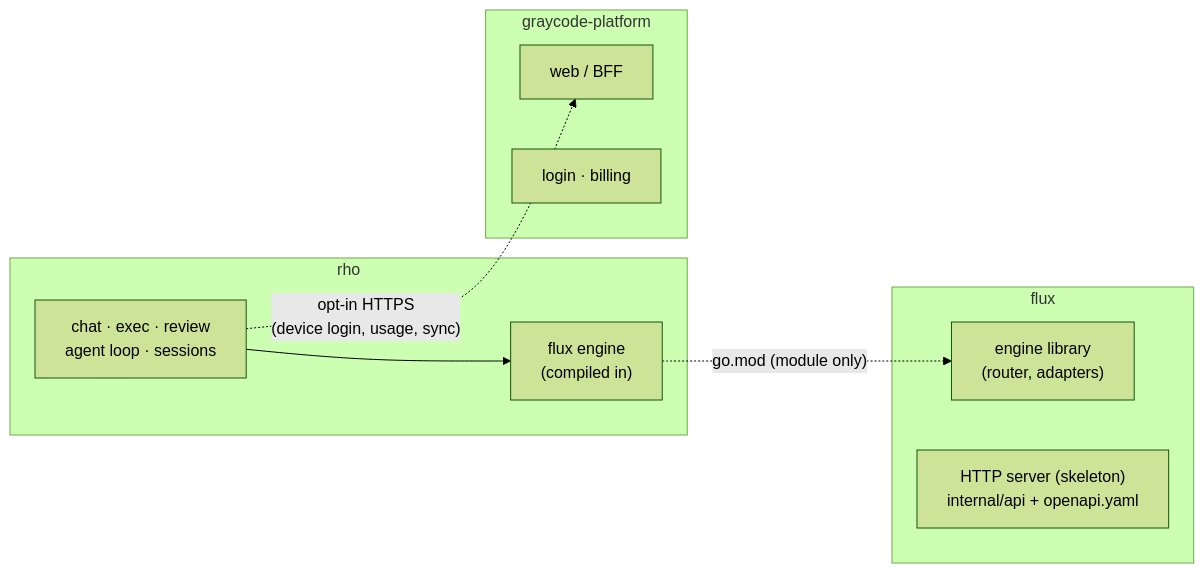
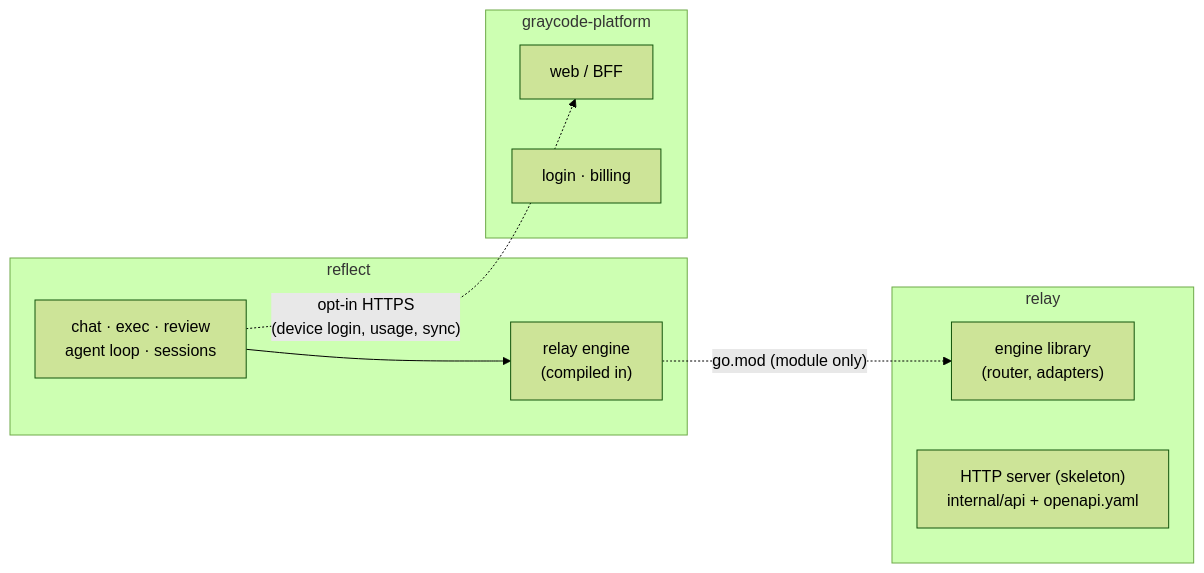
One commit to GrayCodeAI/reflect changed the first of 2 diagrams in docs/design/three-repo-architecture.md. Above: the diagram before and after it, drawn with Mermaid (forest theme). The commit also changed other lines of this file and 1427 other files, not shown here.

First line of the commit message:
refactor: rename Decoder to Reflect (and mux refs to relay) (#348)

````diff
--- a/docs/design/three-repo-architecture.md
+++ b/docs/design/three-repo-architecture.md
@@ -9,21 +9,21 @@
 ```mermaid
 flowchart LR
-    subgraph CLI["rho"]
+    subgraph CLI["reflect"]
         TUI["chat · exec · review\nagent loop · sessions"]
-        ENG["flux engine\n(compiled in)"]
+        ENG["relay engine\n(compiled in)"]
     end
 
-    subgraph ROUTER["flux"]
+    subgraph ROUTER["relay"]
         LIB["engine library\n(router, adapters)"]
         SRV["HTTP server (skeleton)\ninternal/api + openapi.yaml"]
     end
 
     subgraph PLAT["graycode-platform"]
         WEB["web / BFF"]
         AUTH["login · billing"]
     end
 
     TUI --> ENG
     ENG -. "go.mod (module only)" .-> LIB
     TUI -. "opt-in HTTPS\n(device login, usage, sync)" .-> WEB
 ```
````
